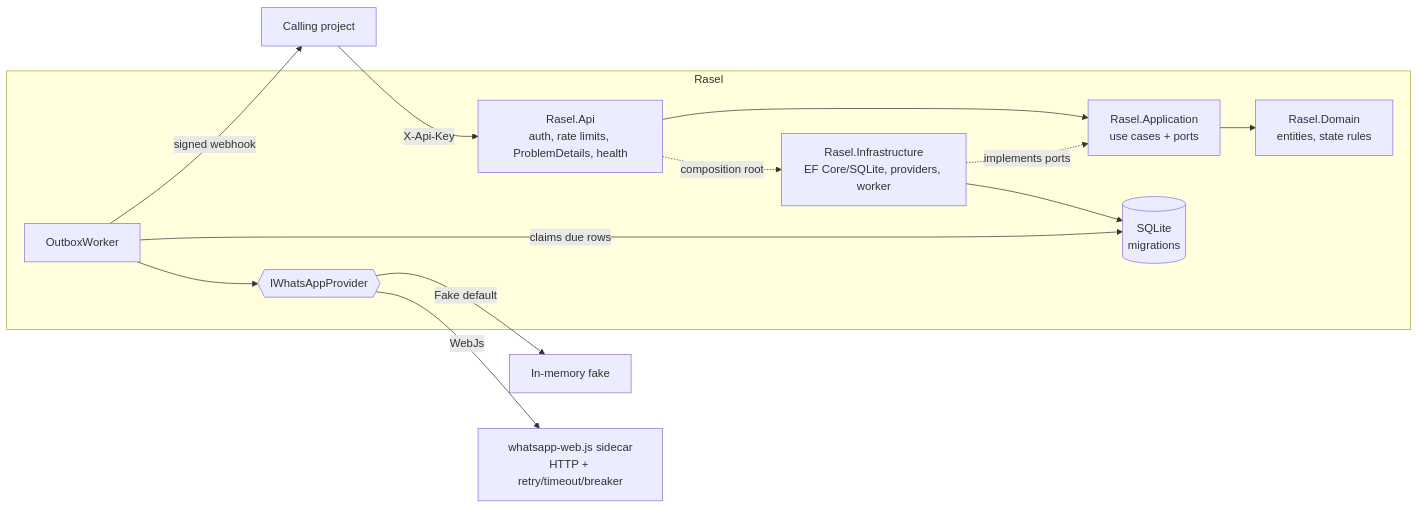
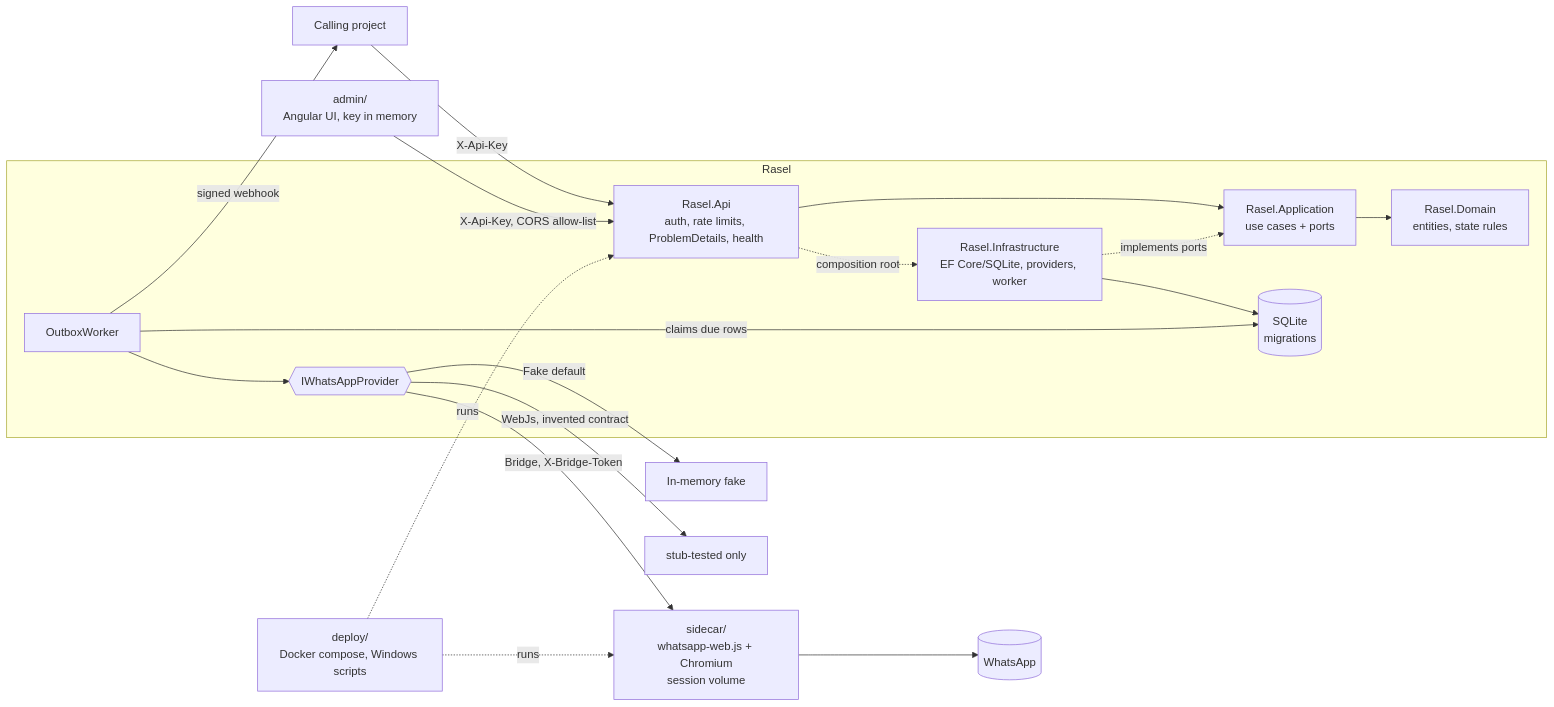
The diagram in README.md (DevMohamedKandil/Rasel-service), drawn with Mermaid before and after one commit. The commit also changed other lines of this file, not shown here.

Commit message:
README: architecture with sidecar/admin/deploy, quickstart, new settings

````diff
--- a/README.md
+++ b/README.md
@@ -9,16 +9,21 @@
 ```mermaid
 flowchart LR
     Client[Calling project] -->|X-Api-Key| API
+    Admin["admin/<br/>Angular UI, key in memory"] -->|X-Api-Key, CORS allow-list| API
     subgraph Rasel
         API["Rasel.Api<br/>auth, rate limits, ProblemDetails, health"] --> APP["Rasel.Application<br/>use cases + ports"]
         APP --> DOM["Rasel.Domain<br/>entities, state rules"]
         INF["Rasel.Infrastructure<br/>EF Core/SQLite, providers, worker"] -.implements ports.-> APP
         API -.composition root.-> INF
         INF --> DB[(SQLite<br/>migrations)]
         W[OutboxWorker] -->|claims due rows| DB
         W --> PROV{{IWhatsAppProvider}}
     end
     PROV -->|Fake default| FAKE[In-memory fake]
-    PROV -->|WebJs| SIDECAR["whatsapp-web.js sidecar<br/>HTTP + retry/timeout/breaker"]
+    PROV -->|Bridge, X-Bridge-Token| SIDECAR["sidecar/<br/>whatsapp-web.js + Chromium<br/>session volume"]
+    PROV -->|WebJs, invented contract| WEBJS[stub-tested only]
+    SIDECAR --> WA[(WhatsApp)]
     W -->|signed webhook| Client
+    DEPLOY["deploy/<br/>Docker compose, Windows scripts"] -.runs.-> API
+    DEPLOY -.runs.-> SIDECAR
 ```
````
